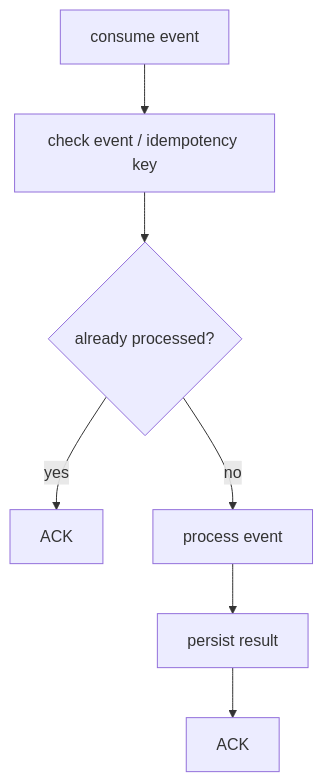
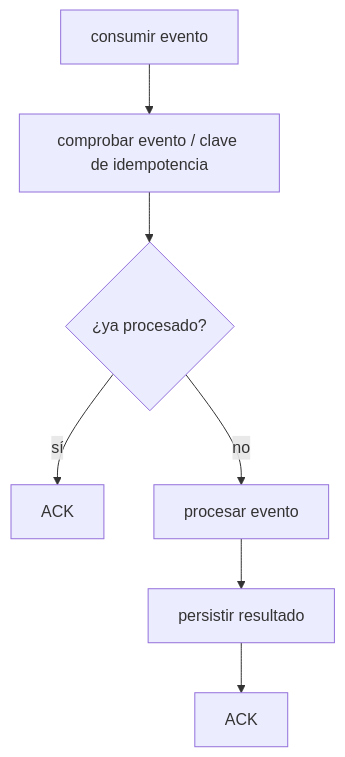
One commit to mytheondev/mytheondev changed the sixth of 10 diagrams in src/content/blog/google-cloud-pubsub-how-to-use-it-correctly.es.md. Above: the diagram before and after it, drawn with Mermaid. The commit also changed other lines of this file and 33 other files, not shown here.

````diff
--- a/src/content/blog/google-cloud-pubsub-how-to-use-it-correctly.es.md
+++ b/src/content/blog/google-cloud-pubsub-how-to-use-it-correctly.es.md
@@ -143,9 +146,9 @@
 ```mermaid
 flowchart TD
-  Consume[consume event] --> Check["check event / idempotency key"]
-  Check --> Already{already processed?}
-  Already -->|yes| AckYes[ACK]
-  Already -->|no| Process[process event]
-  Process --> Persist[persist result]
+  Consume[consumir evento] --> Check["comprobar evento / clave de idempotencia"]
+  Check --> Already{¿ya procesado?}
+  Already -->|sí| AckYes[ACK]
+  Already -->|no| Process[procesar evento]
+  Process --> Persist[persistir resultado]
   Persist --> AckNo[ACK]
 ```
````
